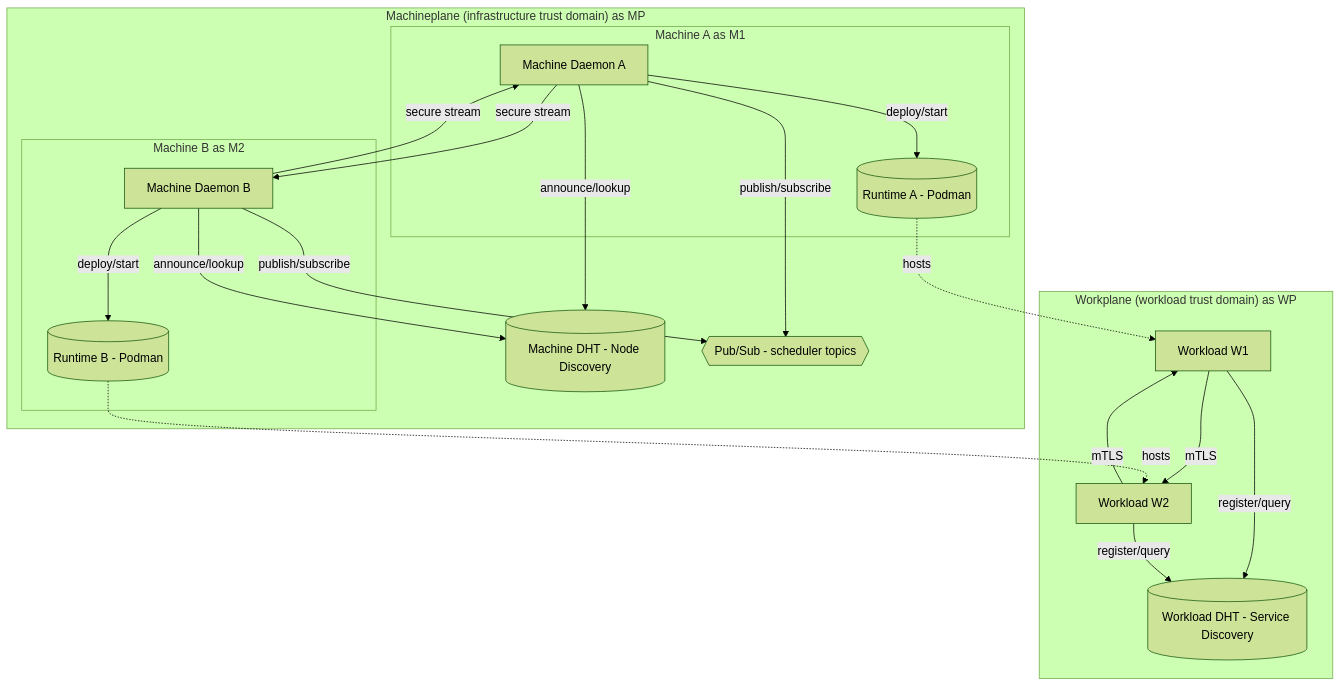
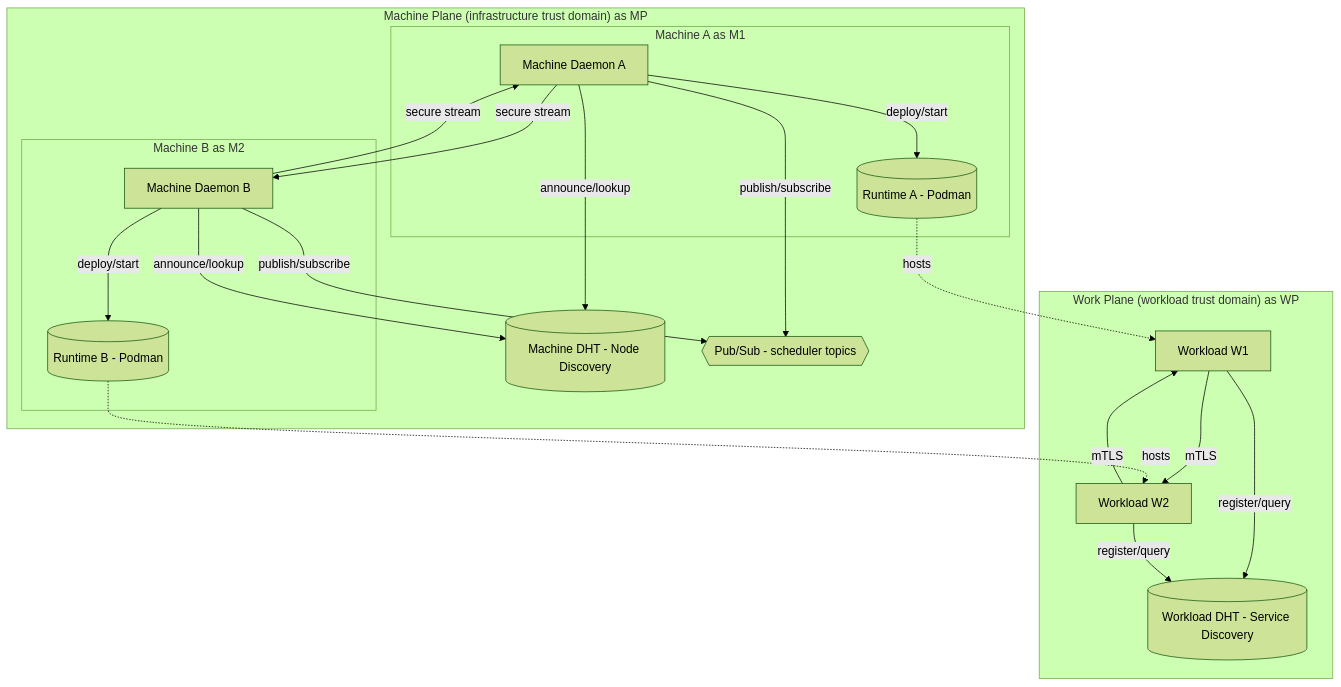
Before and after one commit to beemesh/beemesh: the diagram in README.md, drawn with Mermaid (forest theme). The commit also changed other lines of this file, not shown here.

````diff
--- a/README.md
+++ b/README.md
@@ -128,52 +126,46 @@
 ```mermaid
 flowchart TB
-  %% ===== Workplane (per-workload trust domain) =====
-  subgraph "Workplane (workload trust domain)" as WP
+  %% ===== Work Plane (per-workload trust domain) =====
+  subgraph "Work Plane (workload trust domain)" as WP
     WDHT[(Workload DHT - Service Discovery)]
     W1[Workload W1]
     W2[Workload W2]
 
-    %% replace bi-dir labeled link with two one-way labeled links
     W1 -->|mTLS| W2
     W2 -->|mTLS| W1
 
     W1 -->|register/query| WDHT
     W2 -->|register/query| WDHT
   end
 
-  %% ===== Machineplane (infrastructure trust domain) =====
-  subgraph "Machineplane (infrastructure trust domain)" as MP
+  %% ===== Machine Plane (infrastructure trust domain) =====
+  subgraph "Machine Plane (infrastructure trust domain)" as MP
     MDHT[(Machine DHT - Node Discovery)]
     PS{{Pub/Sub - scheduler topics}}
 
     subgraph "Machine A" as M1
       D1[Machine Daemon A]
       R1[(Runtime A - Podman)]
     end
 
     subgraph "Machine B" as M2
       D2[Machine Daemon B]
       R2[(Runtime B - Podman)]
     end
 
-    %% avoid bi-dir with label; use two directed links
     D1 -->|secure stream| D2
     D2 -->|secure stream| D1
 
     D1 -->|announce/lookup| MDHT
     D2 -->|announce/lookup| MDHT
 
     D1 -->|publish/subscribe| PS
     D2 -->|publish/subscribe| PS
   end
 
-  %% ===== Cross-plane relationships (no shared creds) =====
   D1 -->|deploy/start| R1
   D2 -->|deploy/start| R2
 
-  %% dotted edges: no spaces around the dots
   R1 -.hosts.-> W1
   R2 -.hosts.-> W2
-
-
 ```
````
